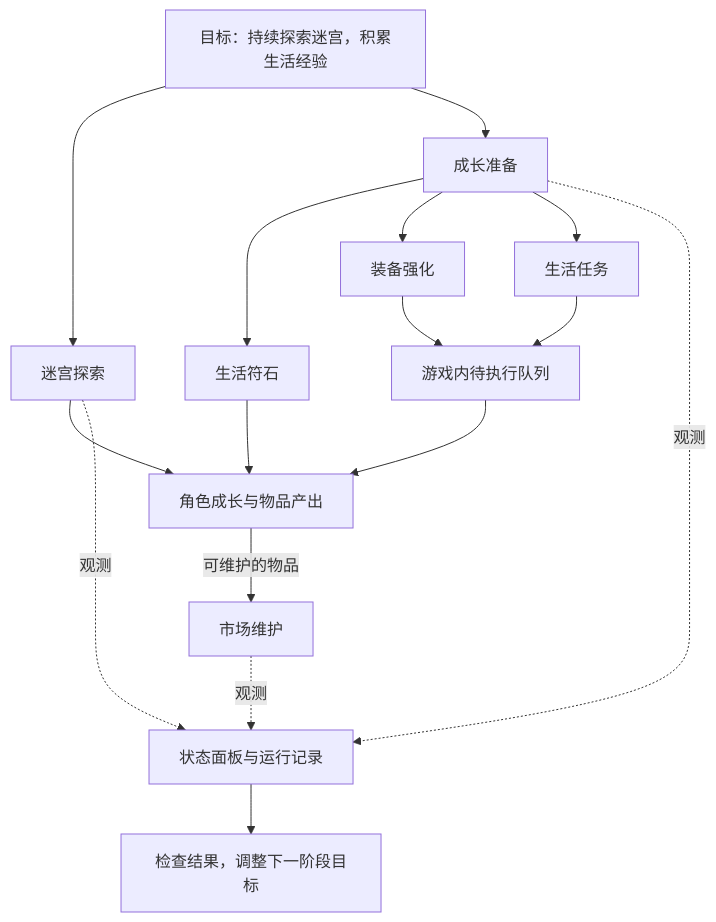
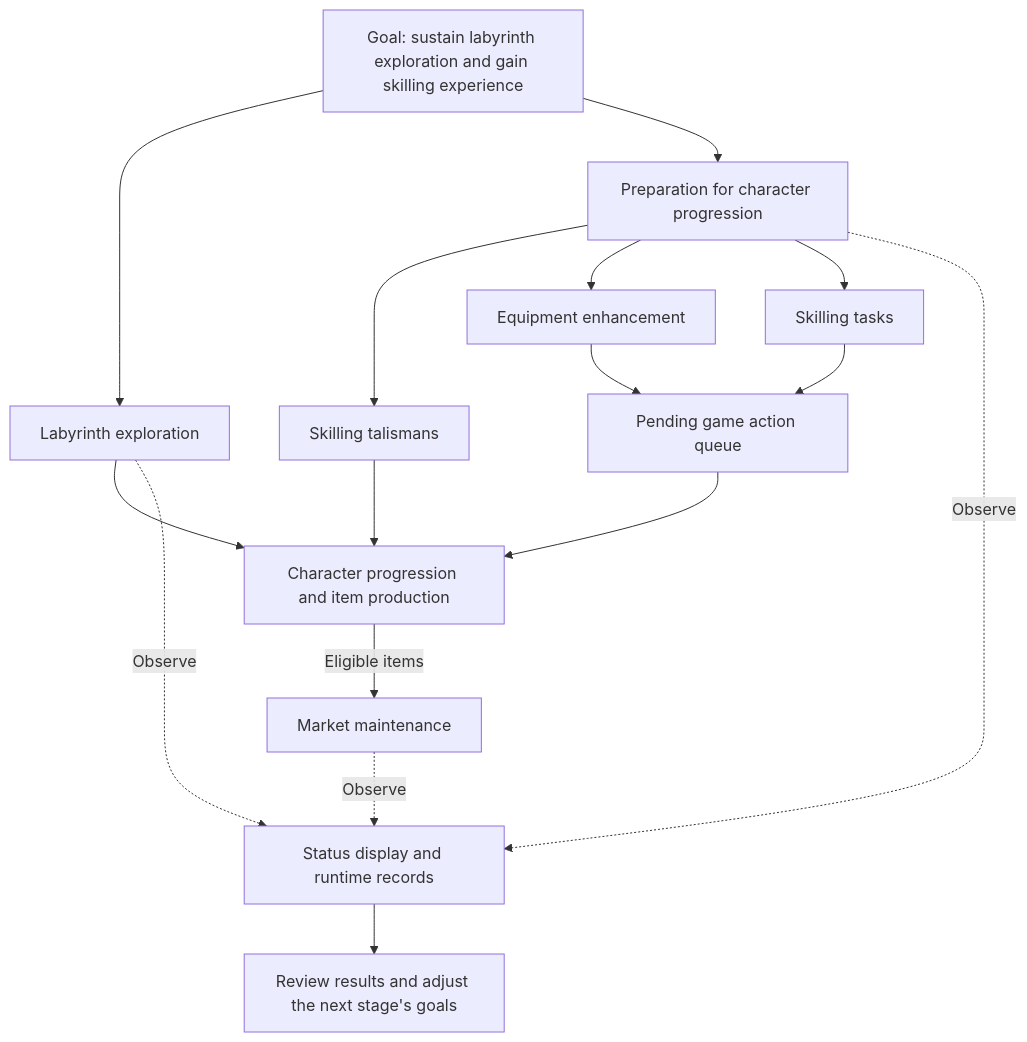
Before and after one commit to ZhonghuaM/Milky-Way: the diagram in docs/system-overview.md, drawn with Mermaid. The commit also changed other lines of this file and 4 other files, not shown here.

````diff
--- a/docs/system-overview.md
+++ b/docs/system-overview.md
@@ -5,18 +5,18 @@
 ```mermaid
 flowchart TB
-    Goal["目标：持续探索迷宫，积累生活经验"] --> Exploration["迷宫探索"]
-    Goal --> Preparation["成长准备"]
-    Preparation --> Stones["生活符石"]
-    Preparation --> Equipment["装备强化"]
-    Preparation --> Tasks["生活任务"]
-    Equipment --> Queue["游戏内待执行队列"]
+    Goal["Goal: sustain labyrinth exploration and gain skilling experience"] --> Exploration["Labyrinth exploration"]
+    Goal --> Preparation["Preparation for character progression"]
+    Preparation --> Stones["Skilling talismans"]
+    Preparation --> Equipment["Equipment enhancement"]
+    Preparation --> Tasks["Skilling tasks"]
+    Equipment --> Queue["Pending game action queue"]
     Tasks --> Queue
-    Queue --> Progress["角色成长与物品产出"]
+    Queue --> Progress["Character progression and item production"]
     Exploration --> Progress
     Stones --> Progress
-    Progress -->|"可维护的物品"| Market["市场维护"]
-    Exploration -. "观测" .-> Status["状态面板与运行记录"]
-    Preparation -. "观测" .-> Status
-    Market -. "观测" .-> Status
-    Status --> Review["检查结果，调整下一阶段目标"]
+    Progress -->|"Eligible items"| Market["Market maintenance"]
+    Exploration -. "Observe" .-> Status["Status display and runtime records"]
+    Preparation -. "Observe" .-> Status
+    Market -. "Observe" .-> Status
+    Status --> Review["Review results and adjust the next stage's goals"]
 ```
````
